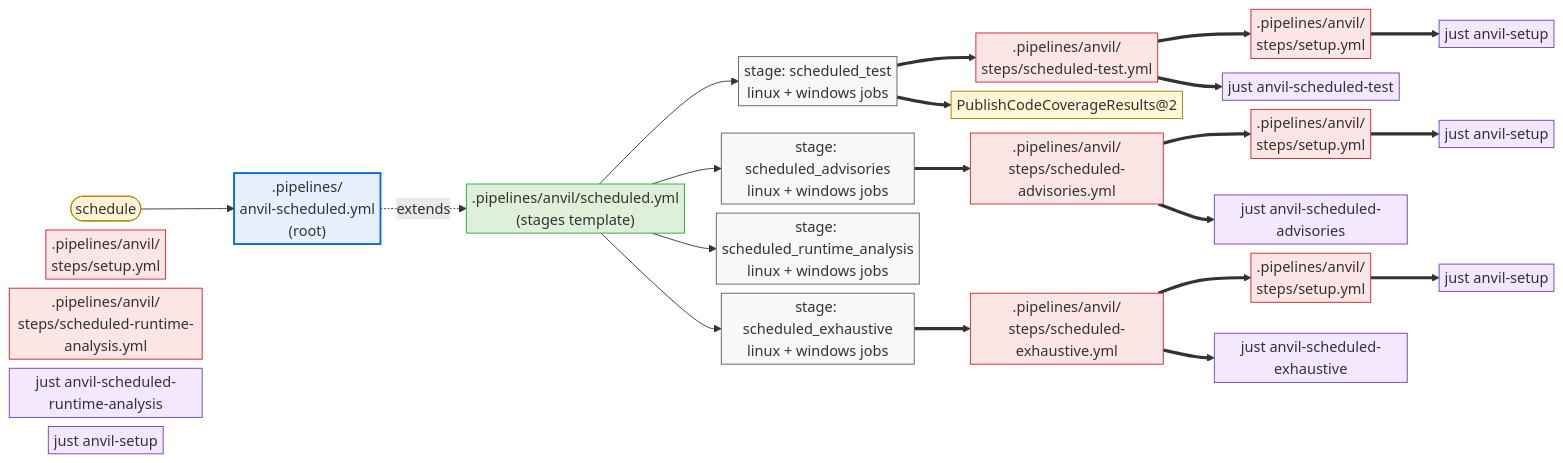
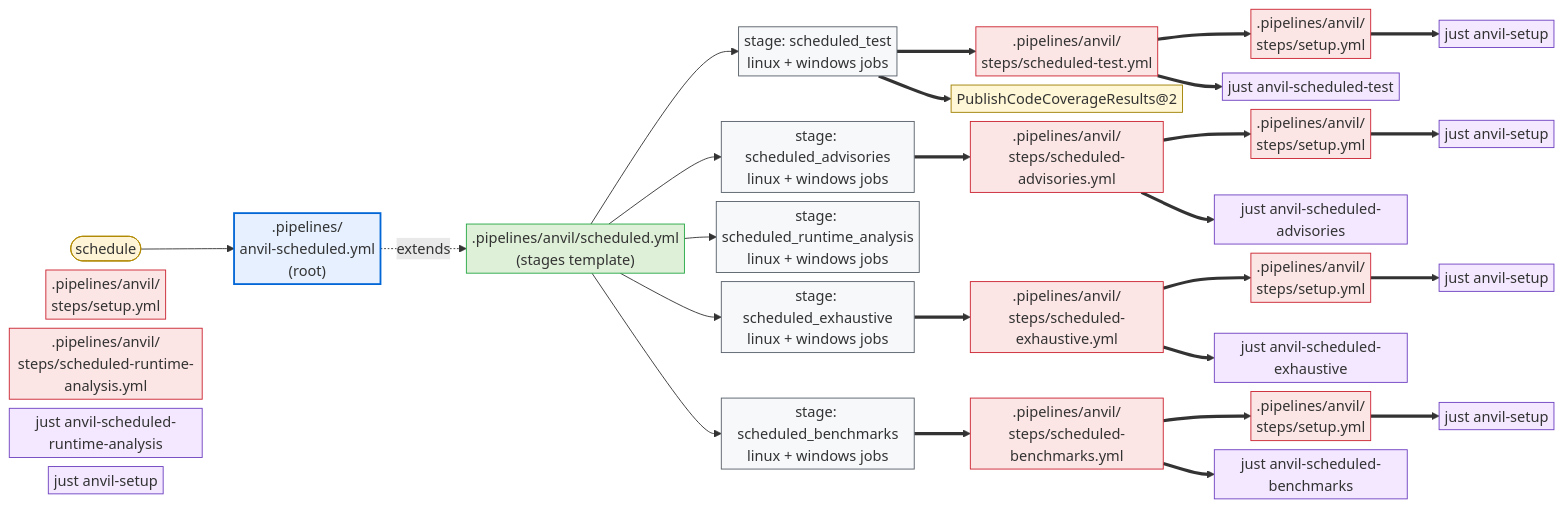
The second of 2 diagrams in crates/cargo-anvil/docs/design/ado.md (microsoft/ox-tools), drawn with Mermaid before and after one commit. The commit also changed other lines of this file and 3 other files, not shown here.

First line of the commit message:
docs(cargo-anvil): reflect the scheduled-benchmarks group in diagrams and catalog

````diff
--- a/crates/cargo-anvil/docs/design/ado.md
+++ b/crates/cargo-anvil/docs/design/ado.md
@@ -122,59 +122,65 @@
 ```mermaid
 %%{init: {"flowchart": {"nodeSpacing": 10, "rankSpacing": 35, "padding": 3}, "themeVariables": {"fontSize": "16px"}}}%%
 flowchart LR
     sched_evt([schedule]):::trigger
     sched_root[".pipelines/<br/>anvil-scheduled.yml<br/>(root)"]:::root
     sched_stages[".pipelines/anvil/scheduled.yml<br/>(stages template)"]:::impl
     stest_s["stage: scheduled_test<br/>linux + windows jobs"]:::stage
     sadv_s["stage: scheduled_advisories<br/>linux + windows jobs"]:::stage
     sexh_s["stage: scheduled_exhaustive<br/>linux + windows jobs"]:::stage
     srun_s["stage: scheduled_runtime_analysis<br/>linux + windows jobs"]:::stage
     stest_setup[".pipelines/anvil/<br/>steps/setup.yml"]:::step
     sadv_setup[".pipelines/anvil/<br/>steps/setup.yml"]:::step
     srun_setup[".pipelines/anvil/<br/>steps/setup.yml"]:::step
     sexh_setup[".pipelines/anvil/<br/>steps/setup.yml"]:::step
     stest_step[".pipelines/anvil/<br/>steps/scheduled-test.yml"]:::step
     sadv_step[".pipelines/anvil/<br/>steps/scheduled-advisories.yml"]:::step
     srun_step[".pipelines/anvil/<br/>steps/scheduled-runtime-analysis.yml"]:::step
     sexh_step[".pipelines/anvil/<br/>steps/scheduled-exhaustive.yml"]:::step
     publish_coverage["PublishCodeCoverageResults@2"]:::external
     stest_just["just anvil-scheduled-test"]:::recipe
     stest_setup_just["just anvil-setup"]:::recipe
     sadv_just["just anvil-scheduled-advisories"]:::recipe
     sadv_setup_just["just anvil-setup"]:::recipe
     srun_just["just anvil-scheduled-runtime-analysis"]:::recipe
     srun_setup_just["just anvil-setup"]:::recipe
     sexh_just["just anvil-scheduled-exhaustive"]:::recipe
     sexh_setup_just["just anvil-setup"]:::recipe
 
     sched_evt --> sched_root
     sched_root -. extends .-> sched_stages
     sched_stages --> stest_s
     sched_stages --> sadv_s
     sched_stages --> srun_s
     sched_stages --> sexh_s
 
     stest_s ==> stest_step
     stest_s ==> publish_coverage
     sadv_s ==> sadv_step
     sexh_s ==> sexh_step
 
     stest_step ==> stest_setup
     stest_step ==> stest_just
     sadv_step ==> sadv_setup
     sadv_step ==> sadv_just
     sexh_step ==> sexh_setup
     sexh_step ==> sexh_just
 
     stest_setup ==> stest_setup_just
     sadv_setup ==> sadv_setup_just
     sexh_setup ==> sexh_setup_just
 
+    sched_stages --> sbench_s["stage: scheduled_benchmarks<br/>linux + windows jobs"]:::stage
+    sbench_s ==> sbench_step[".pipelines/anvil/<br/>steps/scheduled-benchmarks.yml"]:::step
+    sbench_step ==> sbench_setup[".pipelines/anvil/<br/>steps/setup.yml"]:::step
+    sbench_step ==> sbench_just["just anvil-scheduled-benchmarks"]:::recipe
+    sbench_setup ==> sbench_setup_just["just anvil-setup"]:::recipe
+
     classDef trigger fill:#fff4d6,stroke:#b08800,stroke-width:1px;
     classDef root fill:#e6f0ff,stroke:#0366d6,stroke-width:2px;
     classDef impl fill:#dff0d8,stroke:#28a745,stroke-width:1px;
     classDef stage fill:#f6f8fa,stroke:#586069,stroke-width:1px;
     classDef step fill:#fce5e5,stroke:#cb2431,stroke-width:1px;
     classDef external fill:#fff7d6,stroke:#a08000,stroke-width:1px;
     classDef recipe fill:#f3e8ff,stroke:#6f42c1,stroke-width:1px;
 ```
````
